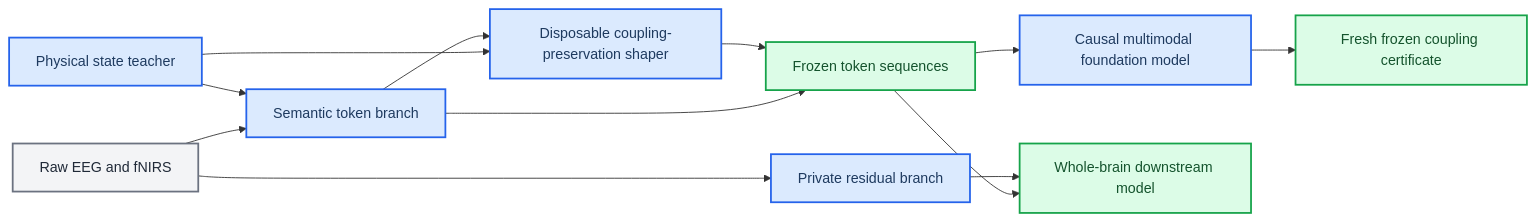
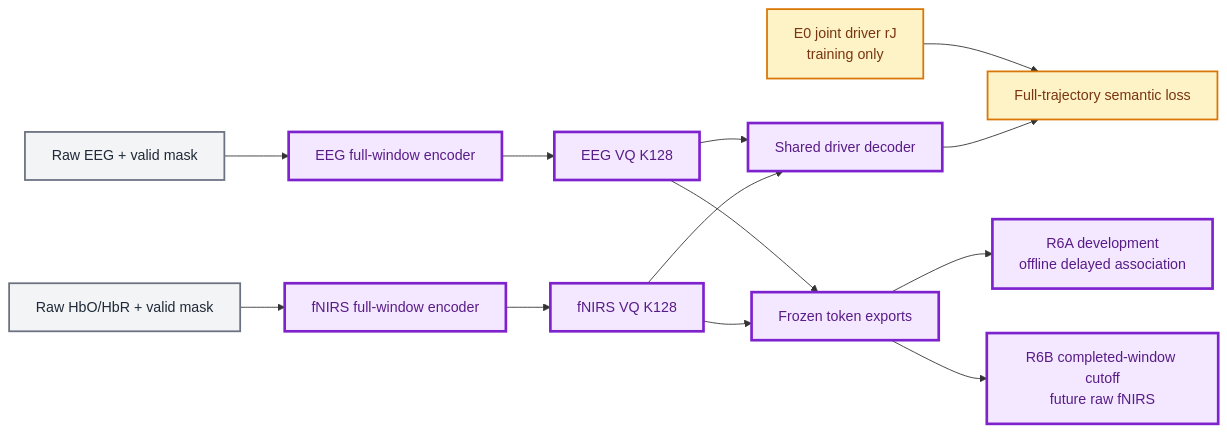
The diagram in docs/physiology_semantic_tokenizer/README.md (Kevin65536/PID-MCM), drawn with Mermaid before and after one commit. The commit also changed other lines of this file and 32 other files, not shown here.

Commit message:
docs: return semantic architecture to shared-driver design

````diff
--- a/docs/physiology_semantic_tokenizer/README.md
+++ b/docs/physiology_semantic_tokenizer/README.md
@@ -48,25 +40,25 @@
 ```mermaid
 flowchart LR
-    accTitle: Redesign responsibility split
-    accDescr: The approved design separates physiological tokenization, training-only coupling preservation, foundation discovery, and independent frozen certification.
+    accTitle: 拟议回归架构的责任分离
+    accDescr: 计划中的原始 EEG 和 fNIRS 路径分别进入独立整窗编码器和 K128 量化器，共同重建一个训练期联合共享驱动代理坐标；冻结后由独立评估器检验增量关联。
 
-    raw_signal["Raw EEG and fNIRS"] --> semantic_tokens["Semantic token branch"]
-    raw_signal --> residual_stream["Private residual branch"]
-    physical_teacher["Physical state teacher"] --> semantic_tokens
-    physical_teacher --> preservation["Disposable coupling-preservation shaper"]
-    semantic_tokens --> preservation
-    semantic_tokens --> frozen_tokens["Frozen token sequences"]
-    preservation --> frozen_tokens
-    frozen_tokens --> foundation_model["Causal multimodal foundation model"]
-    foundation_model --> coupling_head["Fresh frozen coupling certificate"]
-    frozen_tokens --> downstream_model["Whole-brain downstream model"]
-    residual_stream --> downstream_model
+    eeg["Raw EEG + valid mask"] --> enc_e["EEG full-window encoder"] --> vq_e["EEG VQ K128"]
+    fnirs["Raw HbO/HbR + valid mask"] --> enc_f["fNIRS full-window encoder"] --> vq_f["fNIRS VQ K128"]
+    teacher["E0 joint driver rJ<br/>training only"] --> loss["Full-trajectory semantic loss"]
+    vq_e --> decoder["Shared driver decoder"] --> loss
+    vq_f --> decoder
+    vq_e --> frozen["Frozen token exports"]
+    vq_f --> frozen
+    frozen --> offline["R6A development<br/>offline delayed association"]
+    frozen --> cutoff["R6B completed-window cutoff<br/>future raw fNIRS"]
 
-    classDef current fill:#f3f4f6,stroke:#6b7280,stroke-width:2px,color:#1f2937
-    classDef target fill:#dbeafe,stroke:#2563eb,stroke-width:2px,color:#1e3a5f
+    classDef measured fill:#f3f4f6,stroke:#6b7280,stroke-width:2px,color:#1f2937
+    classDef planned fill:#f3e8ff,stroke:#7e22ce,stroke-width:3px,color:#581c87
+    classDef teacherClass fill:#fef3c7,stroke:#d97706,stroke-width:2px,color:#78350f
     classDef evaluation fill:#dcfce7,stroke:#16a34a,stroke-width:2px,color:#14532d
 
-    class raw_signal current
-    class physical_teacher,semantic_tokens,residual_stream,preservation,foundation_model target
-    class frozen_tokens,coupling_head,downstream_model evaluation
+    class eeg,fnirs measured
+    class enc_e,vq_e,enc_f,vq_f,decoder planned
+    class teacher,loss teacherClass
+    class frozen,offline,cutoff planned
 ```
````
